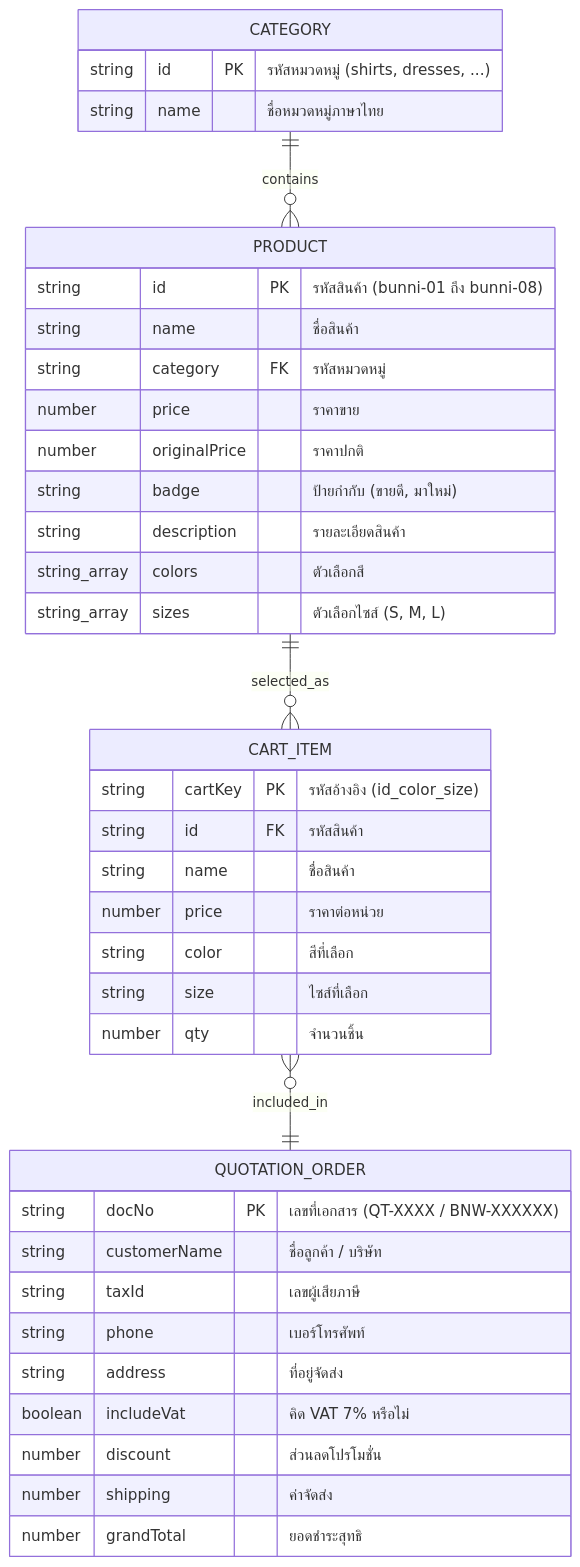
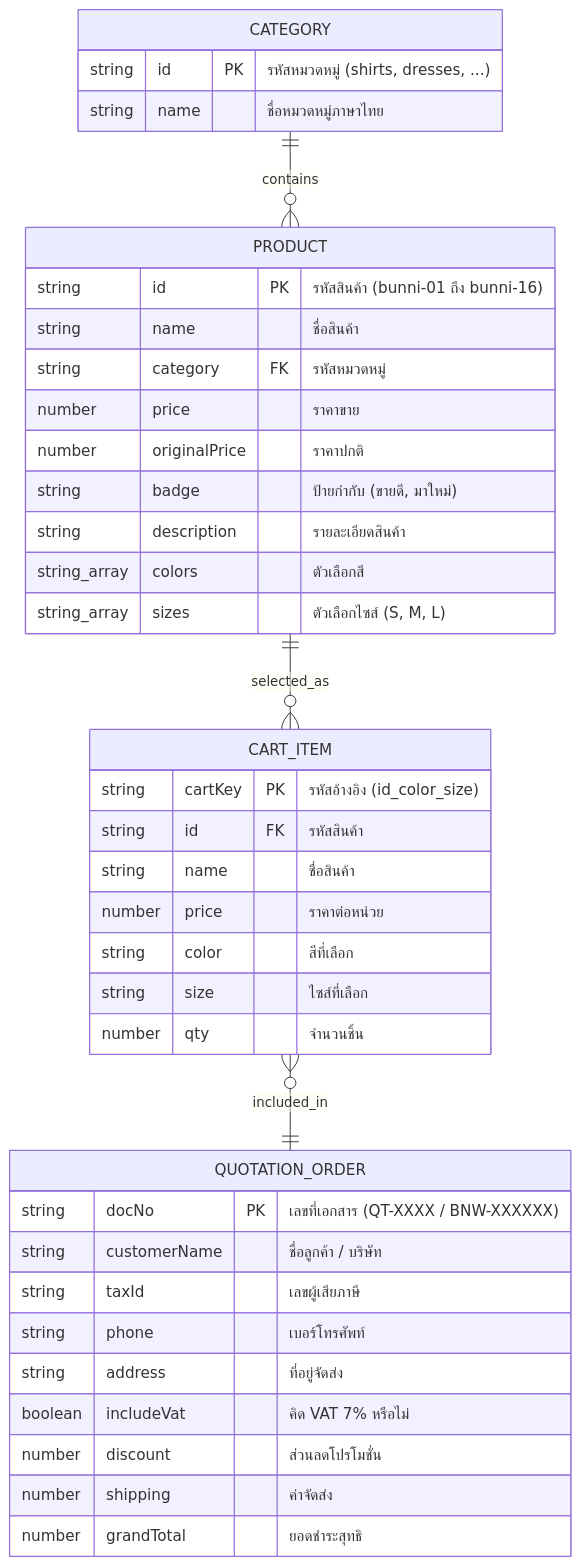
Before and after one commit to bunniwear04-star/bunniwear: the fourth of 5 diagrams in SYSTEM_DESIGN_DOC.md, drawn with Mermaid. The commit also changed other lines of this file and 6 other files, not shown here.

````diff
--- a/SYSTEM_DESIGN_DOC.md
+++ b/SYSTEM_DESIGN_DOC.md
@@ -152,45 +152,45 @@
 ```mermaid
 erDiagram
     CATEGORY ||--o{ PRODUCT : "contains"
     PRODUCT ||--o{ CART_ITEM : "selected_as"
     CART_ITEM }o--|| QUOTATION_ORDER : "included_in"
 
     CATEGORY {
         string id PK "รหัสหมวดหมู่ (shirts, dresses, ...)"
         string name "ชื่อหมวดหมู่ภาษาไทย"
     }
 
     PRODUCT {
-        string id PK "รหัสสินค้า (bunni-01 ถึง bunni-08)"
+        string id PK "รหัสสินค้า (bunni-01 ถึง bunni-16)"
         string name "ชื่อสินค้า"
         string category FK "รหัสหมวดหมู่"
         number price "ราคาขาย"
         number originalPrice "ราคาปกติ"
         string badge "ป้ายกำกับ (ขายดี, มาใหม่)"
         string description "รายละเอียดสินค้า"
         string_array colors "ตัวเลือกสี"
         string_array sizes "ตัวเลือกไซส์ (S, M, L)"
     }
 
     CART_ITEM {
         string cartKey PK "รหัสอ้างอิง (id_color_size)"
         string id FK "รหัสสินค้า"
         string name "ชื่อสินค้า"
         number price "ราคาต่อหน่วย"
         string color "สีที่เลือก"
         string size "ไซส์ที่เลือก"
         number qty "จำนวนชิ้น"
     }
 
     QUOTATION_ORDER {
         string docNo PK "เลขที่เอกสาร (QT-XXXX / BNW-XXXXXX)"
         string customerName "ชื่อลูกค้า / บริษัท"
         string taxId "เลขผู้เสียภาษี"
         string phone "เบอร์โทรศัพท์"
         string address "ที่อยู่จัดส่ง"
         boolean includeVat "คิด VAT 7% หรือไม่"
         number discount "ส่วนลดโปรโมชั่น"
         number shipping "ค่าจัดส่ง"
         number grandTotal "ยอดชำระสุทธิ"
     }
 ```
````
